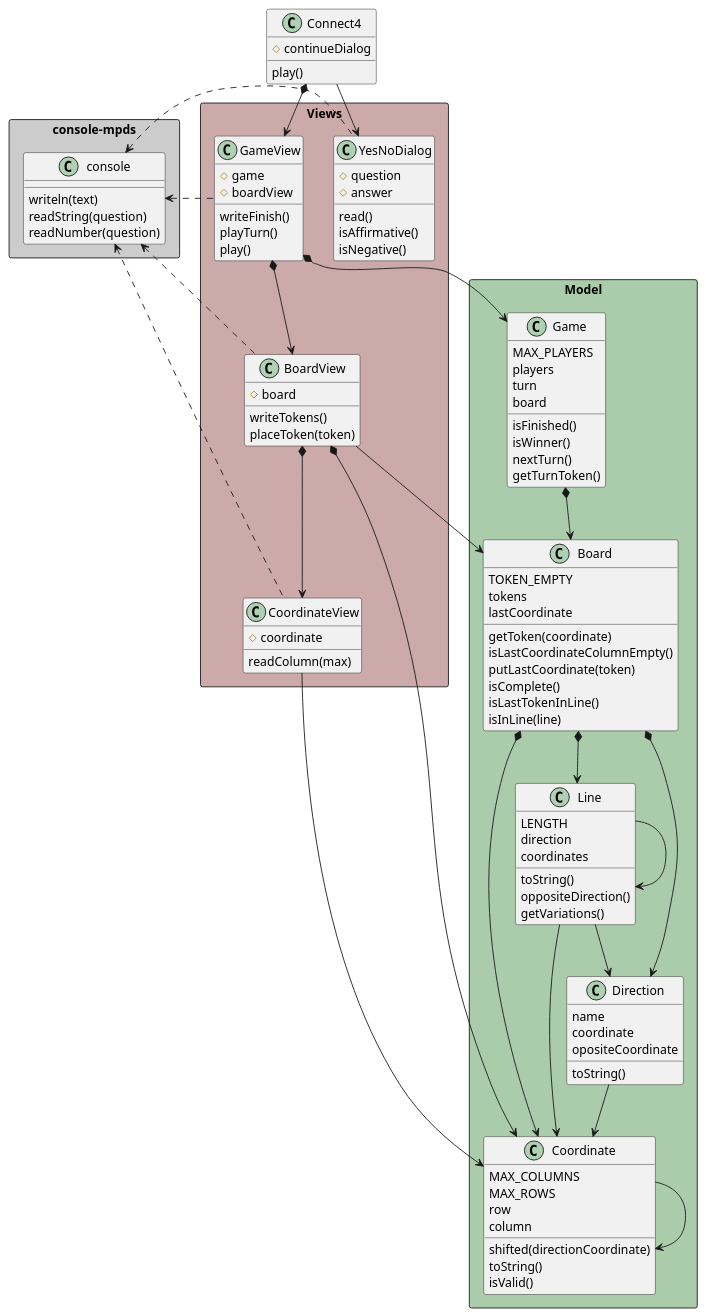
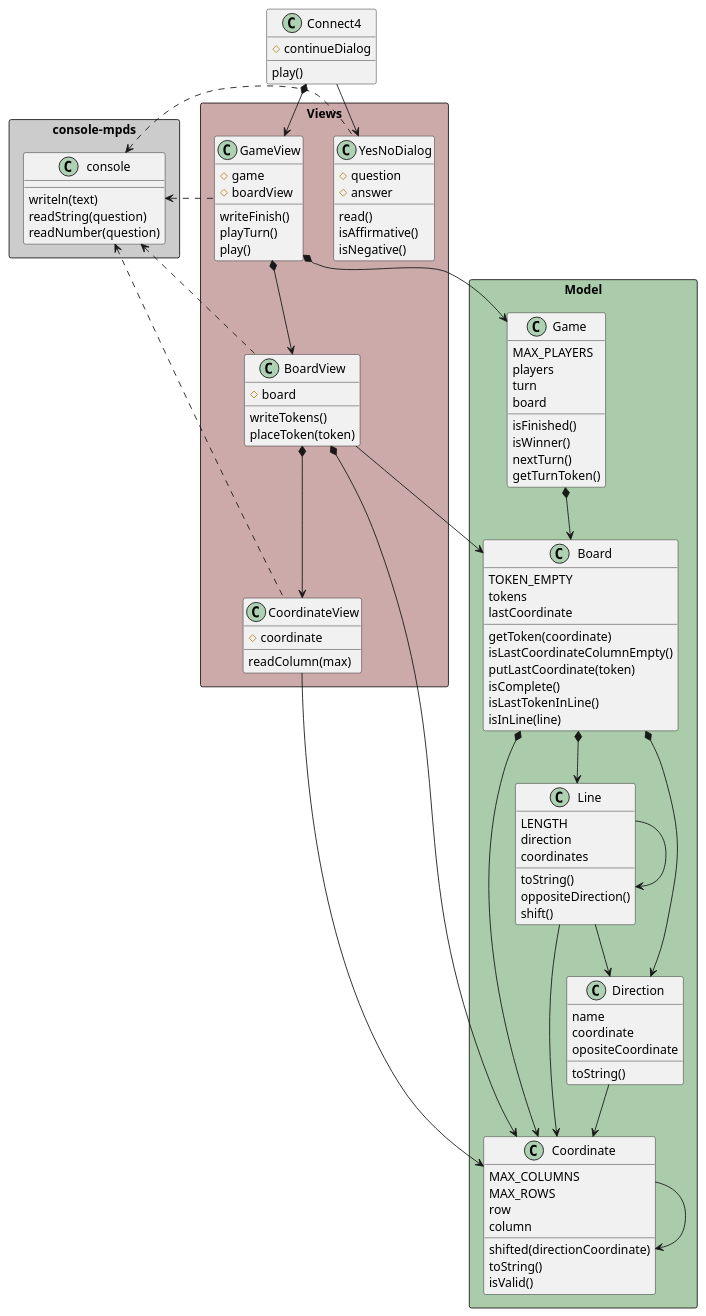
One commit to mpaulaherrero/escuelaIT changed the diagram in game-connect4/docs/diagrams/objectOriented/constructorFunction/class diagram.plantuml. Above: the diagram before and after it, drawn with PlantUML. The commit also changed 2 other files, not shown here.

Commit message:
cambiar getVariations() a shift() en Line

```diff
--- a/game-connect4/docs/diagrams/objectOriented/constructorFunction/class diagram.plantuml
+++ b/game-connect4/docs/diagrams/objectOriented/constructorFunction/class diagram.plantuml
@@ -1,127 +1,127 @@
 @startuml connect4_constructorFunction_classdiagram
 
 package "console-mpds" <<Rectangle>> #ccc {
     class console {
         writeln(text)
         readString(question)
         readNumber(question)
     }
 }
 
 package "Model" <<Rectangle>> #aca {
     class Coordinate {
         MAX_COLUMNS
         MAX_ROWS
         row
         column
         shifted(directionCoordinate)
         toString()
         isValid()
     }
 
     class Direction {
         name
         coordinate
         opositeCoordinate
         toString()
     }
 
     class Line {
         LENGTH
         direction
         coordinates
         toString()
         oppositeDirection()
-        getVariations()
+        shift()
     }
 
     class Board {
         TOKEN_EMPTY
         tokens
         lastCoordinate
         getToken(coordinate)
         isLastCoordinateColumnEmpty()
         putLastCoordinate(token)
         isComplete()
         isLastTokenInLine()
         isInLine(line)
     }
 
     class Game {
         MAX_PLAYERS
         players
         turn
         board
         isFinished()
         isWinner()
         nextTurn()
         getTurnToken()
     }
 }
 
 package "Views" <<Rectangle>> #caa {
     class CoordinateView {
         #coordinate
         readColumn(max)
     }
 
     class BoardView{
         #board
         writeTokens()
         placeToken(token)
     }
 
     class GameView {
         #game
         #boardView
         writeFinish()
         playTurn()
         play()
     }
 
     class YesNoDialog {
         #question
         #answer
         read()
         isAffirmative()
         isNegative()
     }
 }
 
 class Connect4 {
     #continueDialog
     play()
 }
 
 Coordinate -> Coordinate
 
 CoordinateView -> Coordinate
 
 Direction -down-> Coordinate
 
 Line -> Line
 Line -down-> Coordinate
 Line -down-> Direction
 
 Board *-down-> Coordinate
 Board *-down-> Direction
 Board *-down-> Line
 
 BoardView *-down-> CoordinateView
 BoardView -down-> Board
 BoardView *-down-> Coordinate
 
 Game *-down-> Board
 
 GameView *-down-> Game
 GameView *-down-> BoardView
 
 Connect4 -down-> YesNoDialog
 Connect4 *-down-> GameView
 
 YesNoDialog .-l-> console
 GameView .-l-> console
 BoardView .-l-> console
 CoordinateView .-l-> console
 
 @enduml
```
